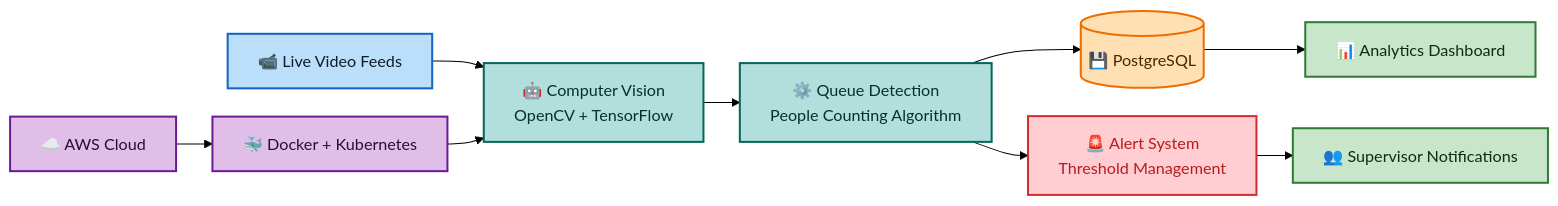
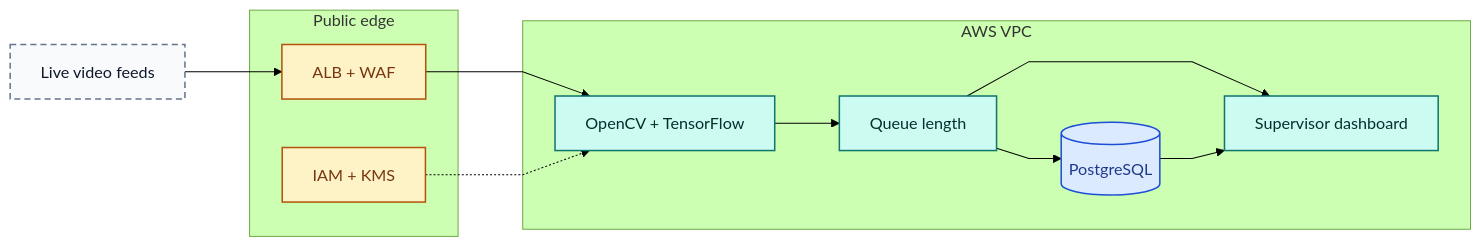
The diagram in public/assets/images/diagrams/qlm/qlm-architecture_overview.mmd (nitty01/nitender-kumar), drawn with Mermaid (forest theme) before and after one commit. The commit also changed other lines of this file and 46 other files, not shown here.

Commit message:
Ship a block-canvas blog editor and nested project architecture diagrams.

```diff
--- a/public/assets/images/diagrams/qlm/qlm-architecture_overview.mmd
+++ b/public/assets/images/diagrams/qlm/qlm-architecture_overview.mmd
@@ -1,31 +1,37 @@
 ---
 config:
   flowchart:
-    nodeSpacing: 28
-    rankSpacing: 36
-    diagramPadding: 8
+    nodeSpacing: 48
+    rankSpacing: 64
+    diagramPadding: 16
+    htmlLabels: false
+    curve: linear
   layout: dagre
 ---
 flowchart LR
-    A["📹 Live Video Feeds"] --> B["🤖 Computer Vision<br>OpenCV + TensorFlow"]
-    B --> C["⚙️ Queue Detection<br>People Counting Algorithm"]
-    C --> D[("💾 PostgreSQL")] & E["🚨 Alert System<br>Threshold Management"]
-    D --> F["📊 Analytics Dashboard"]
-    E --> G["👥 Supervisor Notifications"]
-    H["🐳 Docker + Kubernetes"] --> B
-    I["☁️ AWS Cloud"] --> H
-     A:::source
-     B:::processing
-     C:::processing
-     D:::storage
-     E:::alerting
-     F:::output
-     G:::output
-     H:::infra
-     I:::infra
-    classDef source fill:#BBDEFB,stroke:#1565C0,stroke-width:2px,color:#0D1B2A
-    classDef processing fill:#B2DFDB,stroke:#00695C,stroke-width:2px,color:#00332E
-    classDef storage fill:#FFE0B2,stroke:#EF6C00,stroke-width:2px,color:#4A2500
-    classDef alerting fill:#FFCDD2,stroke:#D32F2F,stroke-width:2px,color:#B71C1C
-    classDef output fill:#C8E6C9,stroke:#2E7D32,stroke-width:2px,color:#0B2E13
-    classDef infra fill:#E1BEE7,stroke:#6A1B9A,stroke-width:2px,color:#2D0A3A
+  CAM["Live video feeds"]
+  subgraph EDGE["Public edge"]
+    WAF["ALB + WAF"]
+    IAM["IAM + KMS"]
+  end
+  subgraph VPC["AWS VPC"]
+    CV["OpenCV + TensorFlow"]
+    Q["Queue length"]
+    PG[("PostgreSQL")]
+    DASH["Supervisor dashboard"]
+  end
+  CAM --> WAF
+  WAF --> CV
+  CV --> Q
+  Q --> PG
+  Q --> DASH
+  PG --> DASH
+  IAM -.-> CV
+  class CAM external
+  class CV,Q,DASH compute
+  class PG data
+  class WAF,IAM security
+  classDef compute fill:#ccfbf1,stroke:#0f766e,stroke-width:1.5px,color:#042f2e
+  classDef data fill:#dbeafe,stroke:#1d4ed8,stroke-width:1.5px,color:#1e3a8a
+  classDef security fill:#fef3c7,stroke:#b45309,stroke-width:1.5px,color:#78350f
+  classDef external fill:#f8fafc,stroke:#64748b,stroke-width:1.5px,color:#0f172a,stroke-dasharray:6 4
```
